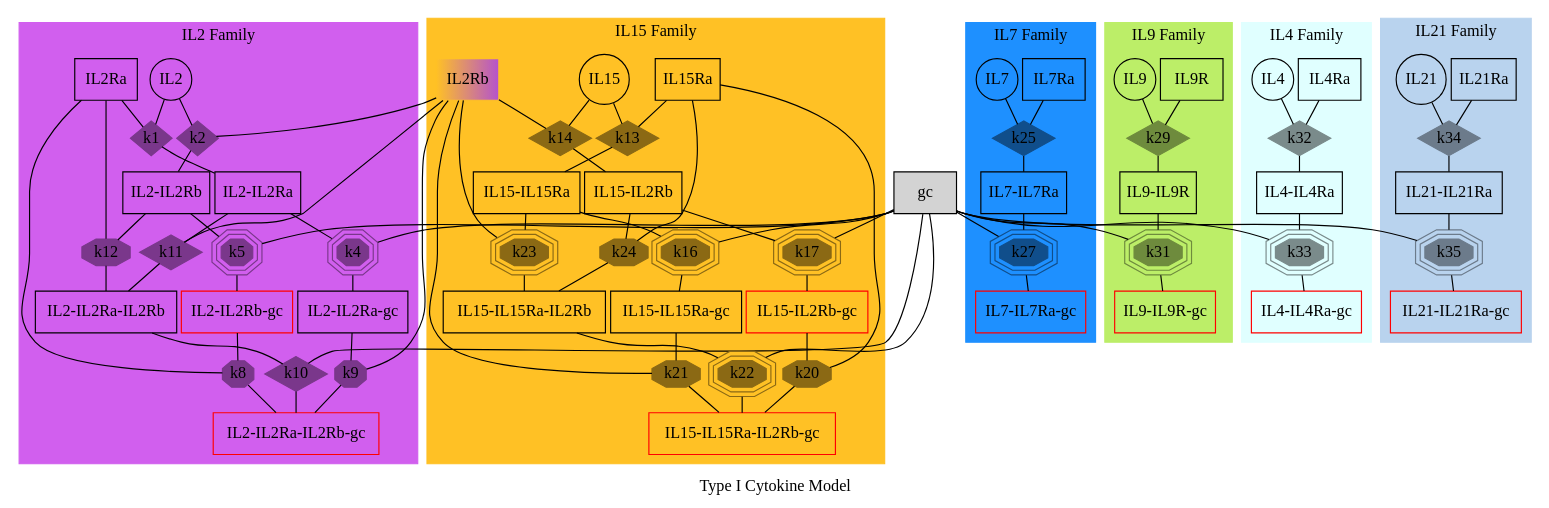
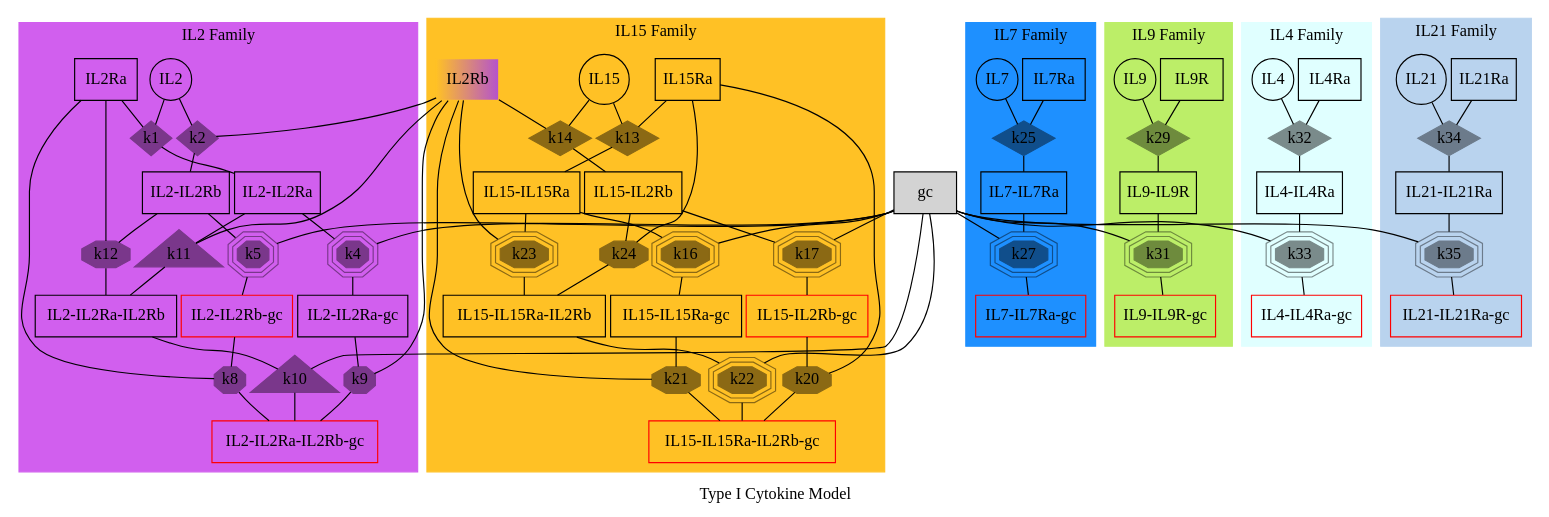
One commit to meyer-lab/gc-cytokines changed the diagram in ckine/data/graph_all.gv. Above: the diagram before and after it, drawn with Graphviz. The commit also changed 3 other files, not shown here.

```diff
--- a/ckine/data/graph_all.gv
+++ b/ckine/data/graph_all.gv
@@ -90,12 +90,12 @@
         "IL2Rb" -> "k9" [dir=none,weight=1];
         "k9" -> "IL2-IL2Ra-IL2Rb-gc" [dir=none, weight=2];
 
-        "k10" [shape=diamond,style=filled,height=.1,width=.1];
+        "k10" [shape=triangle,style=filled,height=.1,width=.04];
         "IL2-IL2Ra-IL2Rb" -> "k10" [dir=none,weight=1];
         "gc" -> "k10" [dir=none,weight=1];
         "k10" -> "IL2-IL2Ra-IL2Rb-gc" [dir=none, weight=2];
 
-        "k11" [shape=diamond,style=filled,height=.1,width=.1];
+        "k11" [shape=triangle,style=filled,height=.1,width=.04];
         "IL2-IL2Ra" -> "k11" [dir=none,weight=1];
         "IL2Rb" -> "k11" [dir=none,weight=1];
         "k11" -> "IL2-IL2Ra-IL2Rb" [dir=none, weight=2];
```
